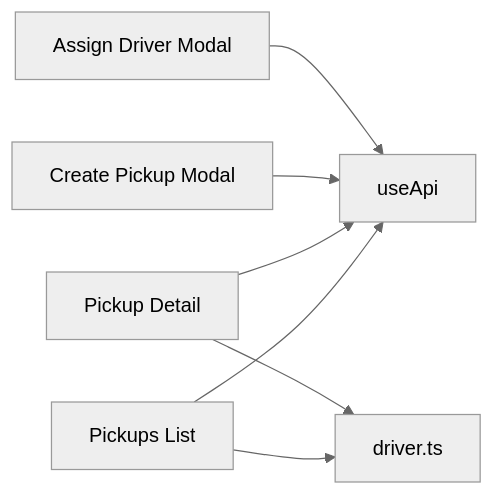
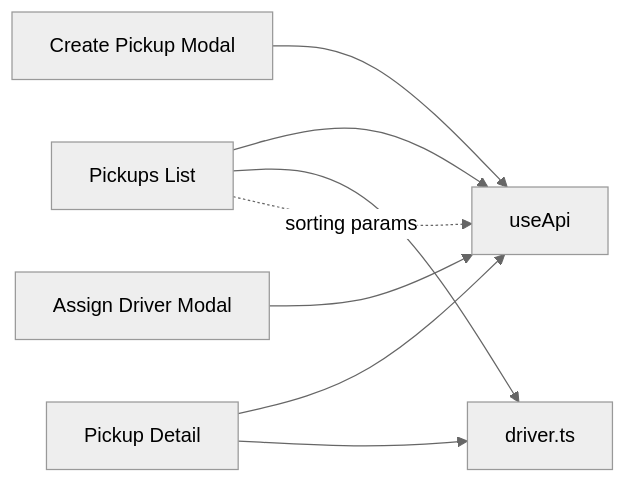
The eighth of 8 diagrams in .qoder/repowiki/en/content/Business Modules/Pickup Operations.md (Lazynerd-Studios/lacarte-atlas-console), drawn with Mermaid (neutral theme) before and after one commit. The commit also changed other lines of this file and 13 other files, not shown here.

````diff
--- a/.qoder/repowiki/en/content/Business Modules/Pickup Operations.md
+++ b/.qoder/repowiki/en/content/Business Modules/Pickup Operations.md
@@ -357,9 +418,10 @@
 ```mermaid
 graph LR
 Index["Pickups List"] --> Api["useApi"]
 Detail["Pickup Detail"] --> Api
 CreateModal["Create Pickup Modal"] --> Api
 AssignModal["Assign Driver Modal"] --> Api
 Index --> Types["driver.ts"]
 Detail --> Types
+Index -. sorting params .-> Api
 ```
````
